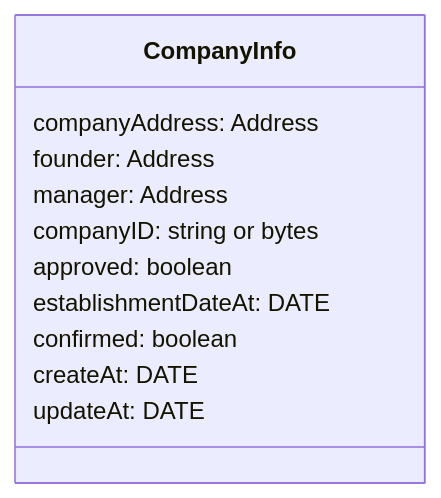
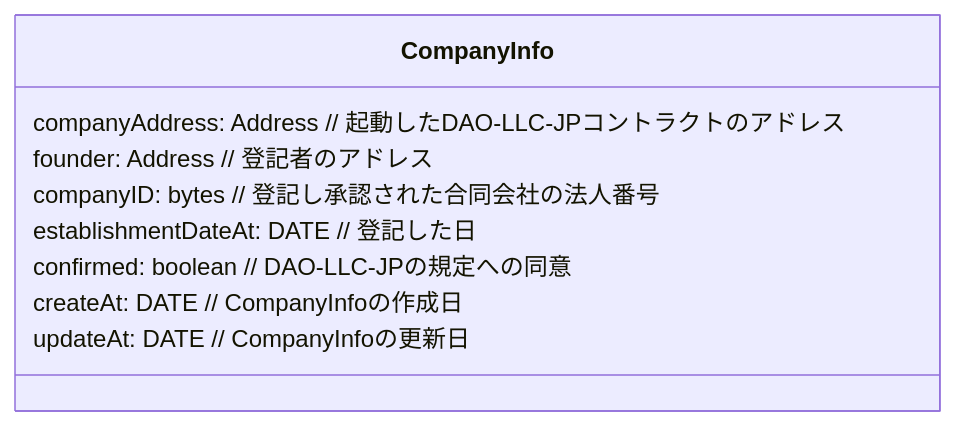
The first of 3 diagrams in docs/contracts/1.RegisterTokenyzeCompany/1.RegisterTokenyzeCompany.index.md (Borderless-company/Borderless-Contract), drawn with Mermaid before and after one commit. The commit also changed other lines of this file and 2 other files, not shown here.

````diff
--- a/docs/contracts/1.RegisterTokenyzeCompany/1.RegisterTokenyzeCompany.index.md
+++ b/docs/contracts/1.RegisterTokenyzeCompany/1.RegisterTokenyzeCompany.index.md
@@ -33,14 +33,12 @@
 ```mermaid
 classDiagram
     class CompanyInfo{
-        companyAddress:     Address
-        founder:             Address
-        manager:             Address
-        companyID:           string or bytes
-        approved:            boolean
-        establishmentDateAt: DATE
-        confirmed:           boolean
-        createAt:            DATE
-        updateAt:            DATE
+        companyAddress:      Address // 起動したDAO-LLC-JPコントラクトのアドレス
+        founder:             Address // 登記者のアドレス
+        companyID:           bytes   // 登記し承認された合同会社の法人番号
+        establishmentDateAt: DATE    // 登記した日
+        confirmed:           boolean // DAO-LLC-JPの規定への同意
+        createAt:            DATE    // CompanyInfoの作成日
+        updateAt:            DATE    // CompanyInfoの更新日
     }
 ```
````
